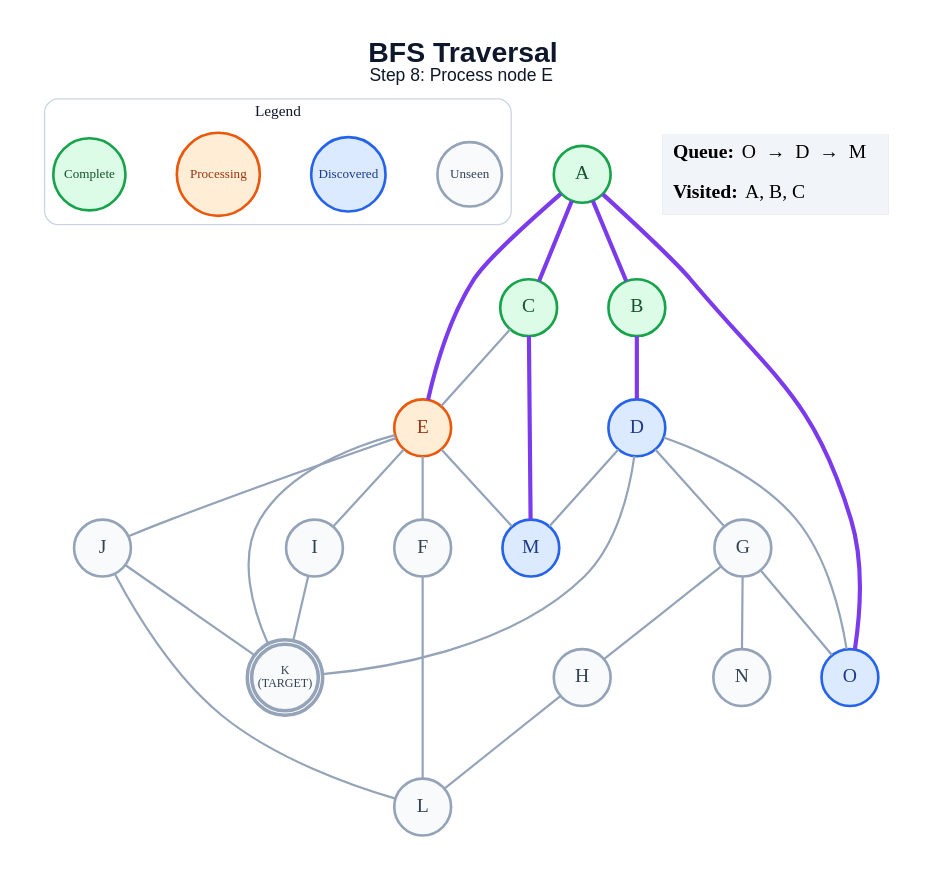
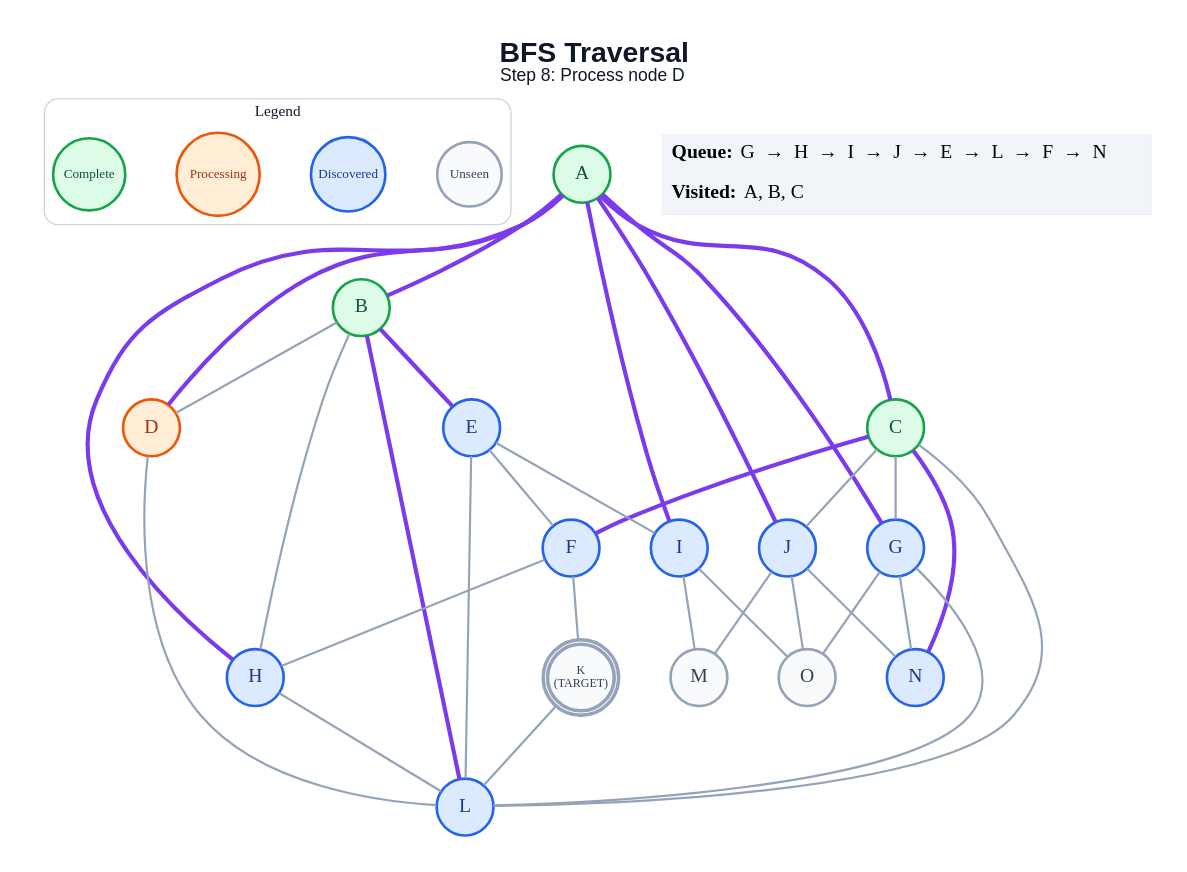
One commit to anon7238593-create/ai-slop changed the diagram in generated/specific-node/bfs/step_08.dot. Above: the diagram before and after it, drawn with Graphviz. The commit also changed 285 other files, not shown here.

```diff
--- a/generated/specific-node/bfs/step_08.dot
+++ b/generated/specific-node/bfs/step_08.dot
@@ -1,58 +1,66 @@
 graph traversal {
   graph [layout=dot, rankdir=TB, bgcolor="#FFFFFF", pad="0.35", nodesep="0.65", ranksep="0.8", fontname="Arial"];
   node [shape=circle, style="filled", fontname="Arial Bold", fontsize=18, width=0.72, fixedsize=true, penwidth=2.4];
   edge [color="#94A3B8", penwidth=2.0];
-  label=<<B>BFS Traversal</B><BR/><FONT POINT-SIZE="16">Step 8: Process node E</FONT>>; labelloc="t"; fontsize=26; fontname="Arial"; fontcolor="#0F172A";
+  label=<<B>BFS Traversal</B><BR/><FONT POINT-SIZE="16">Step 8: Process node D</FONT>>; labelloc="t"; fontsize=26; fontname="Arial"; fontcolor="#0F172A";
   subgraph cluster_legend { label="Legend"; color="#CBD5E1"; penwidth=1.2; style="rounded"; fontsize=14; fontname="Arial Bold";
     key_unseen [label="Unseen", fillcolor="#F8FAFC", color="#94A3B8", fontcolor="#334155", fontsize=12, width=0.82];
     key_frontier [label="Discovered", fillcolor="#DBEAFE", color="#2563EB", fontcolor="#1E3A8A", fontsize=12, width=0.95];
     key_current [label="Processing", fillcolor="#FFEDD5", color="#EA580C", fontcolor="#9A3412", fontsize=12, width=1.05];
     key_done [label="Complete", fillcolor="#DCFCE7", color="#16A34A", fontcolor="#14532D", fontsize=12, width=0.92];
     { rank=same; key_unseen; key_frontier; key_current; key_done; }
   }
   A [label="A", fillcolor="#DCFCE7", color="#16A34A", fontcolor="#14532D", peripheries=1, penwidth=2.4];
   B [label="B", fillcolor="#DCFCE7", color="#16A34A", fontcolor="#14532D", peripheries=1, penwidth=2.4];
   C [label="C", fillcolor="#DCFCE7", color="#16A34A", fontcolor="#14532D", peripheries=1, penwidth=2.4];
-  D [label="D", fillcolor="#DBEAFE", color="#2563EB", fontcolor="#1E3A8A", peripheries=1, penwidth=2.4];
-  E [label="E", fillcolor="#FFEDD5", color="#EA580C", fontcolor="#9A3412", peripheries=1, penwidth=2.4];
-  F [label="F", fillcolor="#F8FAFC", color="#94A3B8", fontcolor="#334155", peripheries=1, penwidth=2.4];
-  G [label="G", fillcolor="#F8FAFC", color="#94A3B8", fontcolor="#334155", peripheries=1, penwidth=2.4];
-  H [label="H", fillcolor="#F8FAFC", color="#94A3B8", fontcolor="#334155", peripheries=1, penwidth=2.4];
-  I [label="I", fillcolor="#F8FAFC", color="#94A3B8", fontcolor="#334155", peripheries=1, penwidth=2.4];
-  J [label="J", fillcolor="#F8FAFC", color="#94A3B8", fontcolor="#334155", peripheries=1, penwidth=2.4];
+  D [label="D", fillcolor="#FFEDD5", color="#EA580C", fontcolor="#9A3412", peripheries=1, penwidth=2.4];
+  E [label="E", fillcolor="#DBEAFE", color="#2563EB", fontcolor="#1E3A8A", peripheries=1, penwidth=2.4];
+  F [label="F", fillcolor="#DBEAFE", color="#2563EB", fontcolor="#1E3A8A", peripheries=1, penwidth=2.4];
+  G [label="G", fillcolor="#DBEAFE", color="#2563EB", fontcolor="#1E3A8A", peripheries=1, penwidth=2.4];
+  H [label="H", fillcolor="#DBEAFE", color="#2563EB", fontcolor="#1E3A8A", peripheries=1, penwidth=2.4];
+  I [label="I", fillcolor="#DBEAFE", color="#2563EB", fontcolor="#1E3A8A", peripheries=1, penwidth=2.4];
+  J [label="J", fillcolor="#DBEAFE", color="#2563EB", fontcolor="#1E3A8A", peripheries=1, penwidth=2.4];
   K [label="K\n(TARGET)", fillcolor="#F8FAFC", color="#94A3B8", fontcolor="#334155", peripheries=2, penwidth=3.2, fontsize=11, width=0.85, height=0.85];
-  L [label="L", fillcolor="#F8FAFC", color="#94A3B8", fontcolor="#334155", peripheries=1, penwidth=2.4];
-  M [label="M", fillcolor="#DBEAFE", color="#2563EB", fontcolor="#1E3A8A", peripheries=1, penwidth=2.4];
-  N [label="N", fillcolor="#F8FAFC", color="#94A3B8", fontcolor="#334155", peripheries=1, penwidth=2.4];
-  O [label="O", fillcolor="#DBEAFE", color="#2563EB", fontcolor="#1E3A8A", peripheries=1, penwidth=2.4];
+  L [label="L", fillcolor="#DBEAFE", color="#2563EB", fontcolor="#1E3A8A", peripheries=1, penwidth=2.4];
+  M [label="M", fillcolor="#F8FAFC", color="#94A3B8", fontcolor="#334155", peripheries=1, penwidth=2.4];
+  N [label="N", fillcolor="#DBEAFE", color="#2563EB", fontcolor="#1E3A8A", peripheries=1, penwidth=2.4];
+  O [label="O", fillcolor="#F8FAFC", color="#94A3B8", fontcolor="#334155", peripheries=1, penwidth=2.4];
   A -- B [color="#7C3AED", penwidth=3.8];
   A -- C [color="#7C3AED", penwidth=3.8];
-  A -- E [color="#7C3AED", penwidth=3.8];
-  A -- O [color="#7C3AED", penwidth=3.8];
-  B -- D [color="#7C3AED", penwidth=3.8];
-  C -- E;
-  C -- M [color="#7C3AED", penwidth=3.8];
-  D -- G;
-  D -- K;
-  D -- M;
-  D -- O;
+  A -- D [color="#7C3AED", penwidth=3.8];
+  A -- G [color="#7C3AED", penwidth=3.8];
+  A -- H [color="#7C3AED", penwidth=3.8];
+  A -- I [color="#7C3AED", penwidth=3.8];
+  A -- J [color="#7C3AED", penwidth=3.8];
+  B -- D;
+  B -- E [color="#7C3AED", penwidth=3.8];
+  B -- H;
+  B -- L [color="#7C3AED", penwidth=3.8];
+  C -- F [color="#7C3AED", penwidth=3.8];
+  C -- G;
+  C -- J;
+  C -- L;
+  C -- N [color="#7C3AED", penwidth=3.8];
+  D -- L;
   E -- F;
   E -- I;
-  E -- J;
-  E -- K;
-  E -- M;
-  F -- L;
-  G -- H;
+  E -- L;
+  F -- H;
+  F -- K;
+  G -- L;
   G -- N;
   G -- O;
   H -- L;
-  I -- K;
-  J -- K;
-  J -- L;
+  I -- M;
+  I -- O;
+  J -- M;
+  J -- N;
+  J -- O;
+  K -- L;
   status [shape=plain, fixedsize=false, width=0, height=0, margin=0, label=<
     <TABLE BORDER="0" CELLBORDER="0" CELLPADDING="7" BGCOLOR="#F1F5F9">
-      <TR><TD ALIGN="LEFT"><B>Queue:</B> O  →  D  →  M</TD></TR>
+      <TR><TD ALIGN="LEFT"><B>Queue:</B> G  →  H  →  I  →  J  →  E  →  L  →  F  →  N</TD></TR>
       <TR><TD ALIGN="LEFT"><B>Visited:</B> A, B, C</TD></TR>
     </TABLE>
   >];
 }
```
